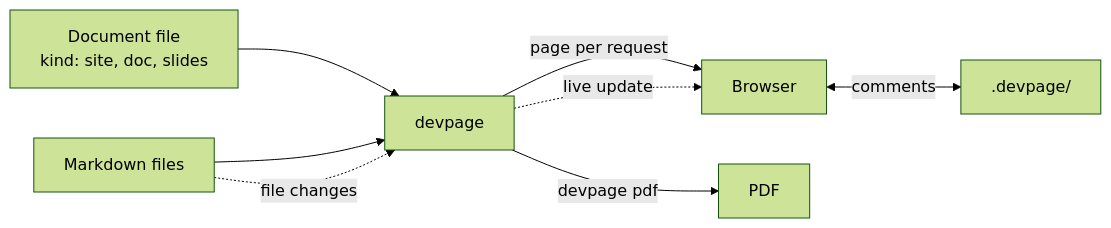
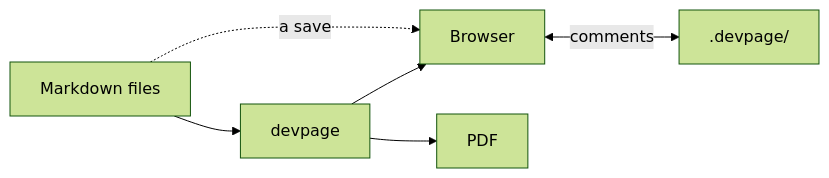
One commit to andrei512/devpage changed the diagram in docs/README.md. Above: the diagram before and after it, drawn with Mermaid (forest theme). The commit also changed other lines of this file and 9 other files, not shown here.

First line of the commit message:
Landings with cards, a viewer glossary page, one home per fact

````diff
--- a/docs/README.md
+++ b/docs/README.md
@@ -31,15 +26,12 @@
 ```mermaid
 flowchart LR
-  yml["Document file<br/>kind: site, doc, slides"] --> devpage
   md["Markdown files"] --> devpage
-  devpage -->|"page per request"| browser["Browser"]
-  md -. "file changes" .-> devpage
-  devpage -. "live update" .-> browser
+  devpage --> browser["Browser"]
+  md -. "a save" .-> browser
   browser <-->|"comments"| store[".devpage/"]
-  devpage -->|"devpage pdf"| pdf["PDF"]
-  click yml href "./boxes/viewer/writing-a-document/README.md" "Writing a document"
-  click md href "./boxes/viewer/writing-a-document/markdown-that-works/README.md" "Markdown that works"
+  devpage --> pdf["PDF"]
+  click md href "./boxes/viewer/writing-a-document/README.md" "Writing a document"
   click devpage href "./boxes/viewer/README.md" "The viewer"
   click store href "./boxes/viewer/comments/README.md" "Comments"
   click pdf href "./boxes/viewer/pdf/README.md" "Printing to PDF"
 ```
````
